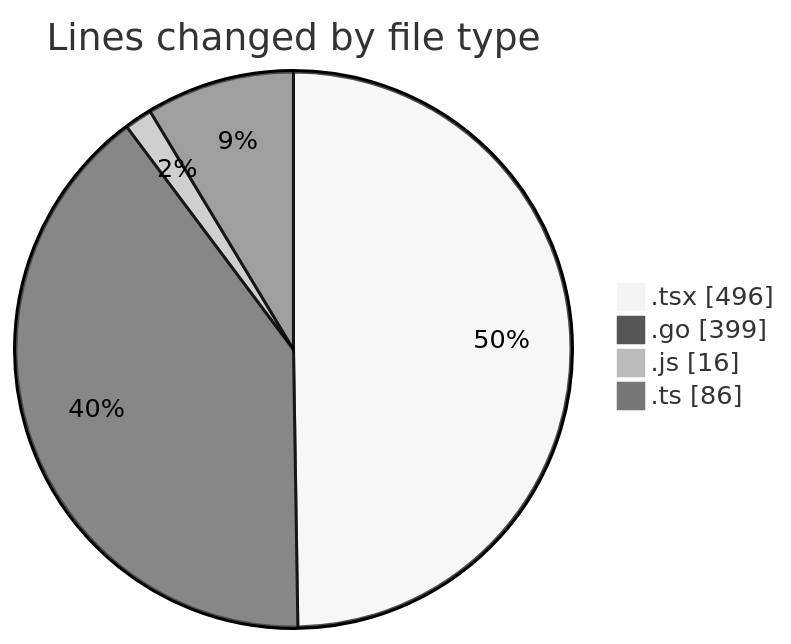
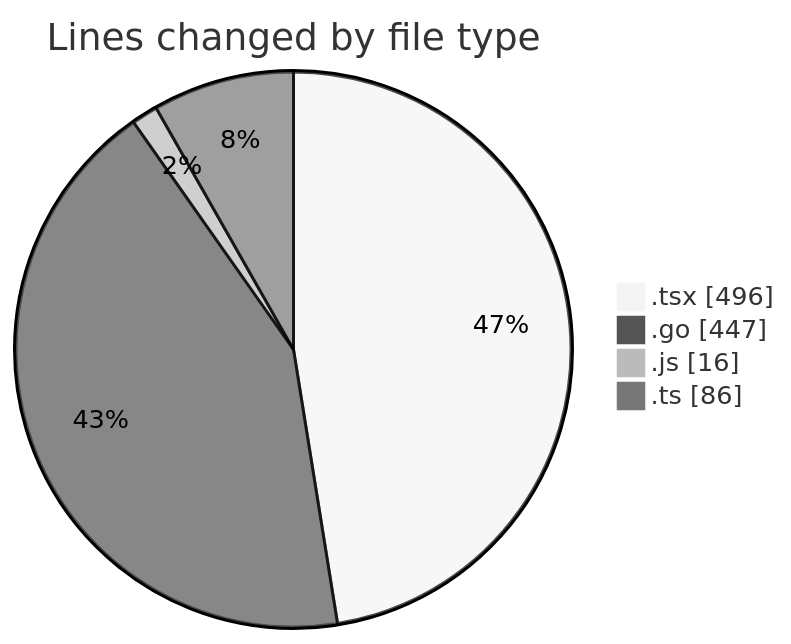
One commit to robertbonfada/code-tracking changed the first of 2 diagrams in 2025-03-04/termonied_testador/README.md. Above: the diagram before and after it, drawn with Mermaid (neutral theme). The commit also changed other lines of this file and 1 other file, not shown here.

````diff
--- a/2025-03-04/termonied_testador/README.md
+++ b/2025-03-04/termonied_testador/README.md
@@ -26,8 +26,8 @@
 ```mermaid
 pie showData
 title Lines changed by file type
 ".tsx" : 496
-".go" : 399
+".go" : 447
 ".js" : 16
 ".ts" : 86
 ```
````
